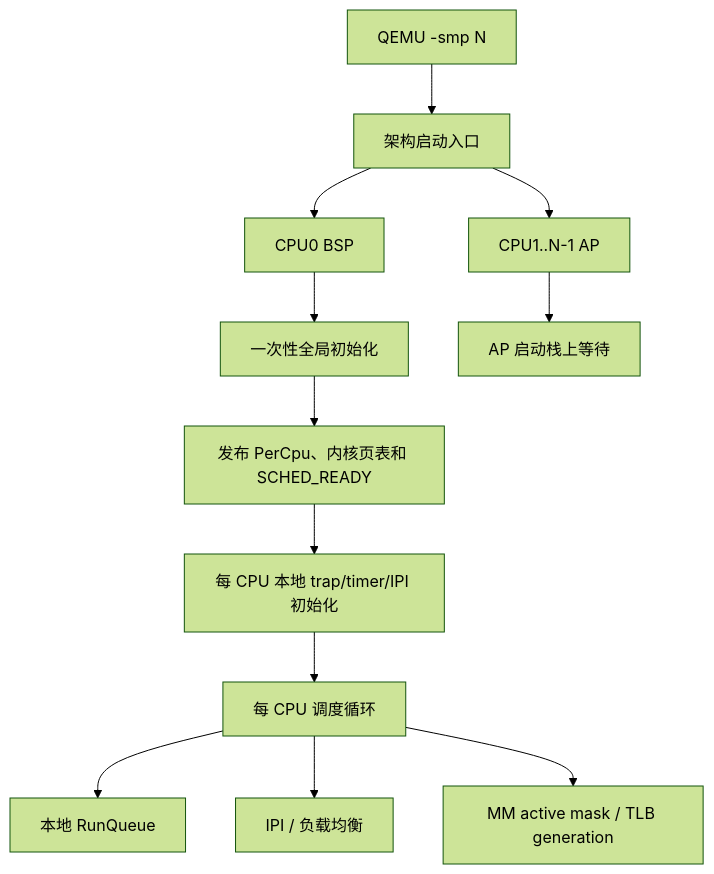
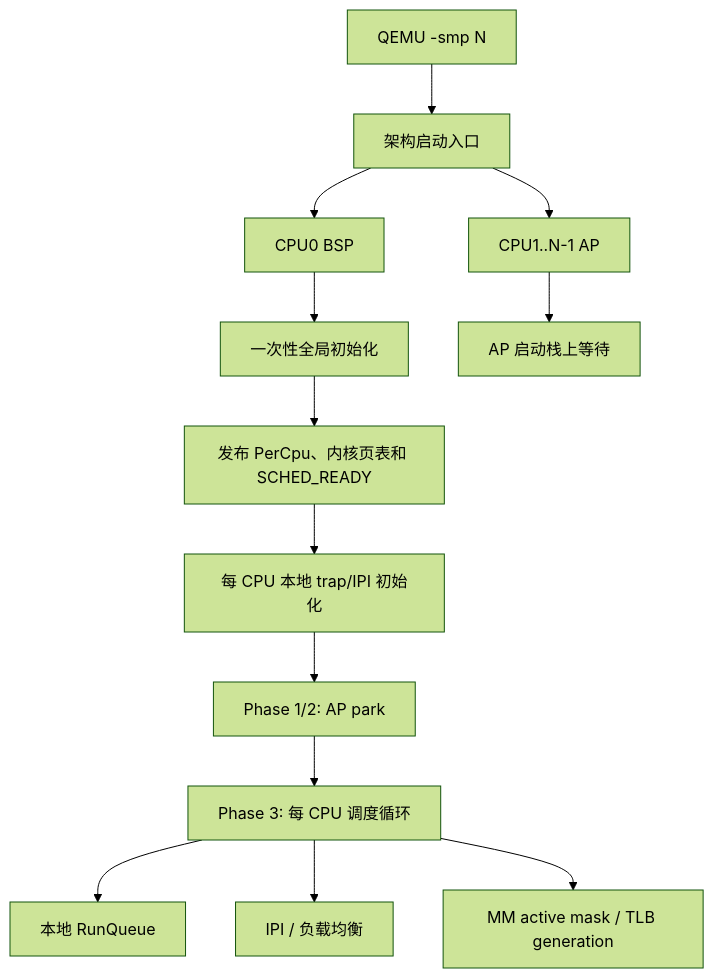
One commit to Mango-Iced-Americano/MangoCore changed the diagram in docs/10_plan/smp-8core-implementation.md. Above: the diagram before and after it, drawn with Mermaid (forest theme). The commit also changed other lines of this file and 5 other files, not shown here.

```diff
--- a/docs/10_plan/smp-8core-implementation.md
+++ b/docs/10_plan/smp-8core-implementation.md
@@ -93,14 +97,15 @@
 ~~~mermaid
 flowchart TD
     Q["QEMU -smp N"] --> E["架构启动入口"]
     E --> B["CPU0 BSP"]
     E --> A["CPU1..N-1 AP"]
     B --> G["一次性全局初始化"]
     A --> W["AP 启动栈上等待"]
     G --> R["发布 PerCpu、内核页表和 SCHED_READY"]
-    R --> L["每 CPU 本地 trap/timer/IPI 初始化"]
-    L --> S["每 CPU 调度循环"]
+    R --> L["每 CPU 本地 trap/IPI 初始化"]
+    L --> P["Phase 1/2: AP park"]
+    P --> S["Phase 3: 每 CPU 调度循环"]
     S --> Q0["本地 RunQueue"]
     S --> I["IPI / 负载均衡"]
     S --> M["MM active mask / TLB generation"]
 ~~~
```
